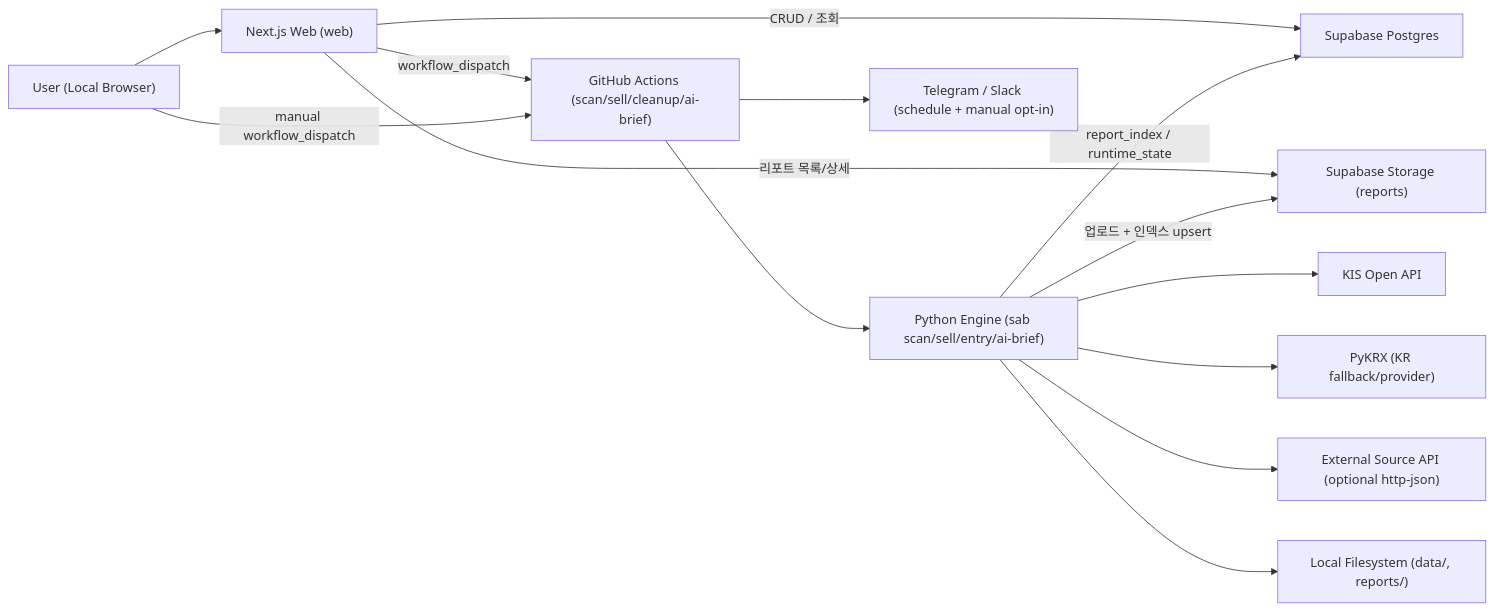
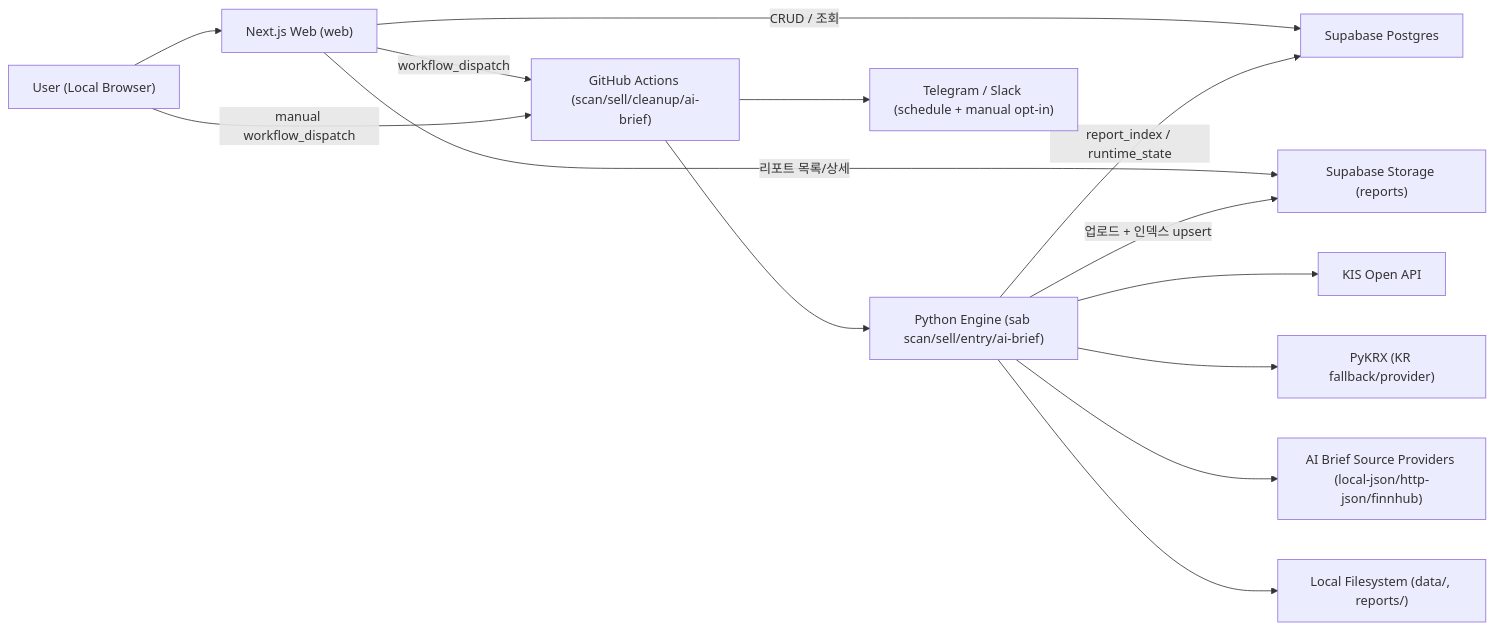
One commit to mochafreddo/swing-trading-report changed the diagram in docs/ARCHITECTURE.md. Above: the diagram before and after it, drawn with Mermaid. The commit also changed other lines of this file and 11 other files, not shown here.

First line of the commit message:
feat(ai-brief): Finnhub source provider 추가

````diff
--- a/docs/ARCHITECTURE.md
+++ b/docs/ARCHITECTURE.md
@@ -35,18 +35,18 @@
 ```mermaid
 flowchart LR
   U["User (Local Browser)"] --> W["Next.js Web (web)"]
   W -->|CRUD / 조회| SDB["Supabase Postgres"]
   W -->|리포트 목록/상세| SST["Supabase Storage (reports)"]
   W -->|workflow_dispatch| GHA["GitHub Actions (scan/sell/cleanup/ai-brief)"]
   U -->|manual workflow_dispatch| GHA
 
   GHA --> P["Python Engine (sab scan/sell/entry/ai-brief)"]
   P --> KIS["KIS Open API"]
   P --> PY["PyKRX (KR fallback/provider)"]
-  P --> SRC["External Source API (optional http-json)"]
+  P --> SRC["AI Brief Source Providers (local-json/http-json/finnhub)"]
   P --> LF["Local Filesystem (data/, reports/)"]
   P -->|업로드 + 인덱스 upsert| SST
   P -->|report_index / runtime_state| SDB
 
   GHA --> TG["Telegram / Slack (schedule + manual opt-in)"]
 ```
````
